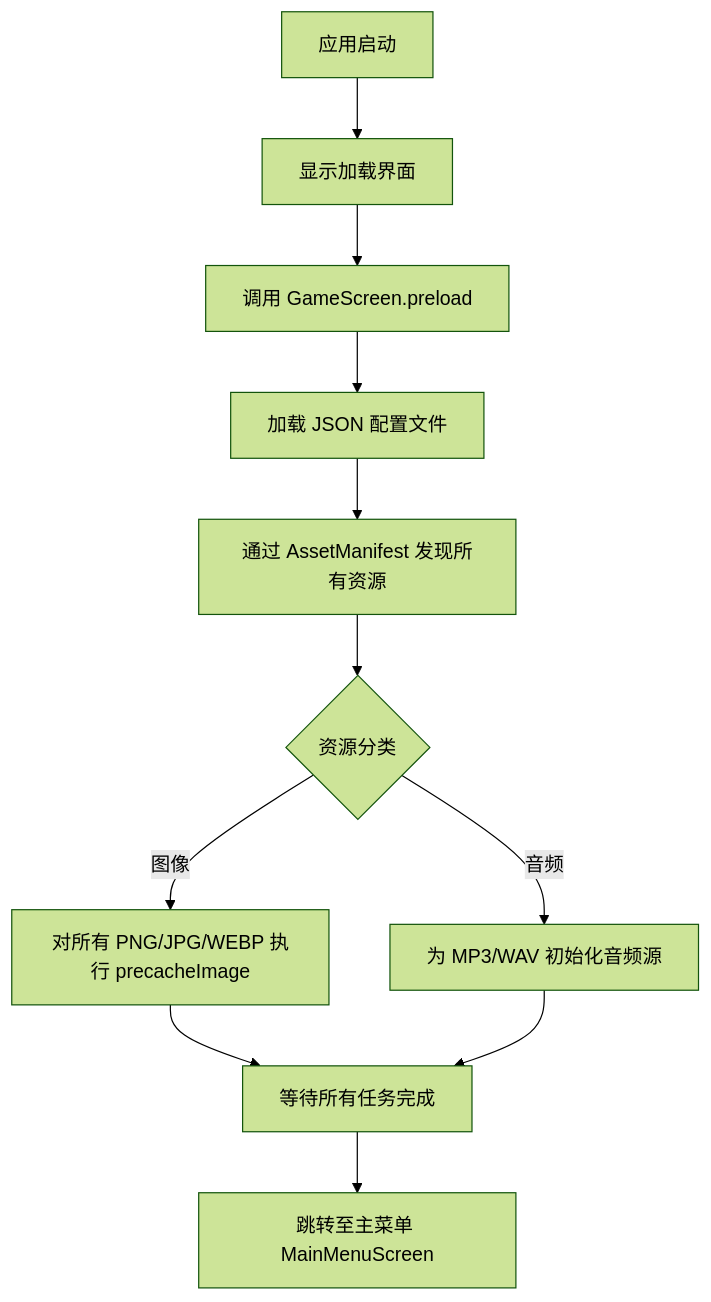
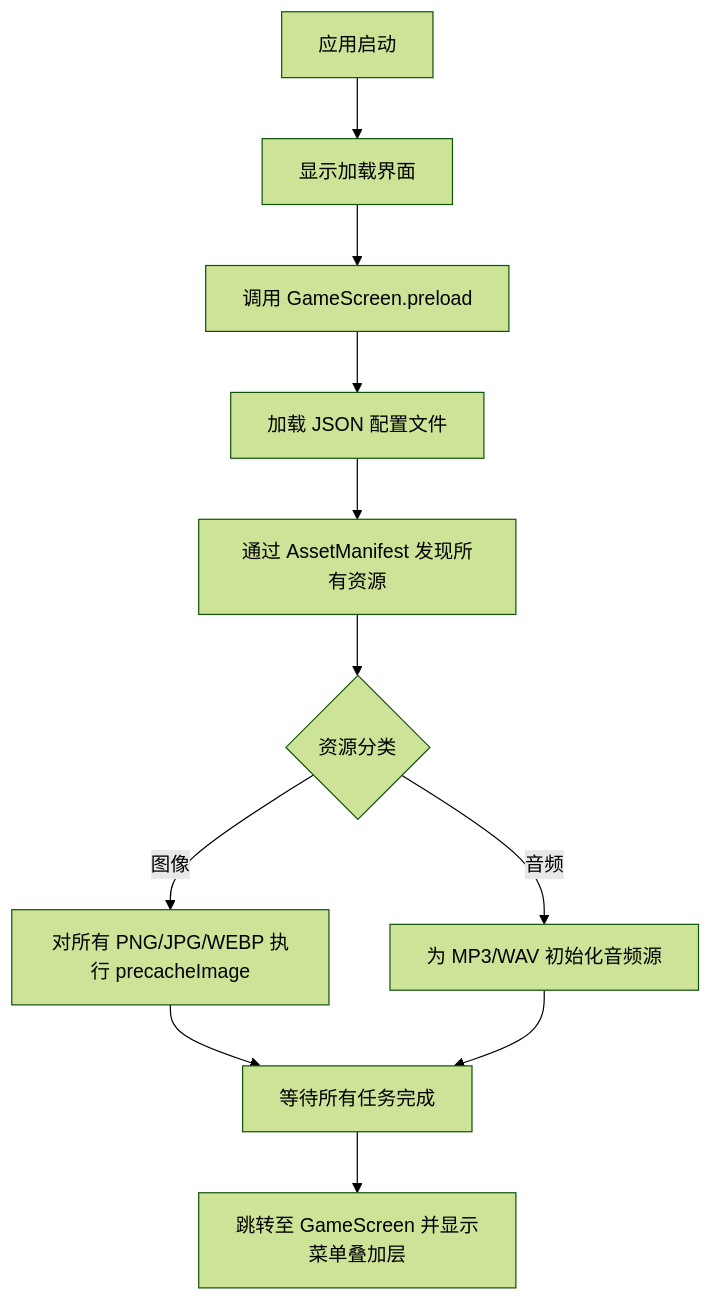
Before and after one commit to cziwen/cruising: the diagram in design_doc/2.11_loading_system.md, drawn with Mermaid (forest theme). The commit also changed other lines of this file and 11 other files, not shown here.

````diff
--- a/design_doc/2.11_loading_system.md
+++ b/design_doc/2.11_loading_system.md
@@ -96,13 +100,13 @@
 ```mermaid
 graph TD
     Start[应用启动] --> LoadingScreen[显示加载界面]
     LoadingScreen --> PreloadStart[调用 GameScreen.preload]
     PreloadStart --> LoadConfig[加载 JSON 配置文件]
     LoadConfig --> DiscoverAssets[通过 AssetManifest 发现所有资源]
     DiscoverAssets --> SplitAssets{资源分类}
     SplitAssets -->|图像| PreloadImages[对所有 PNG/JPG/WEBP 执行 precacheImage]
     SplitAssets -->|音频| PreloadAudio[为 MP3/WAV 初始化音频源]
     PreloadImages --> AllDone[等待所有任务完成]
     PreloadAudio --> AllDone
-    AllDone --> End[跳转至主菜单 MainMenuScreen]
+    AllDone --> End[跳转至 GameScreen 并显示菜单叠加层]
 ```
````
